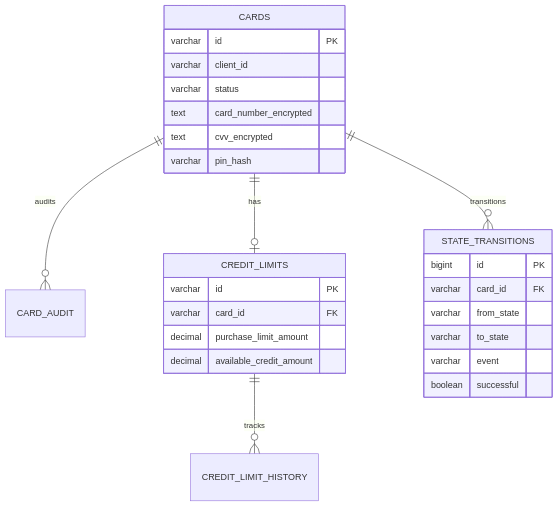
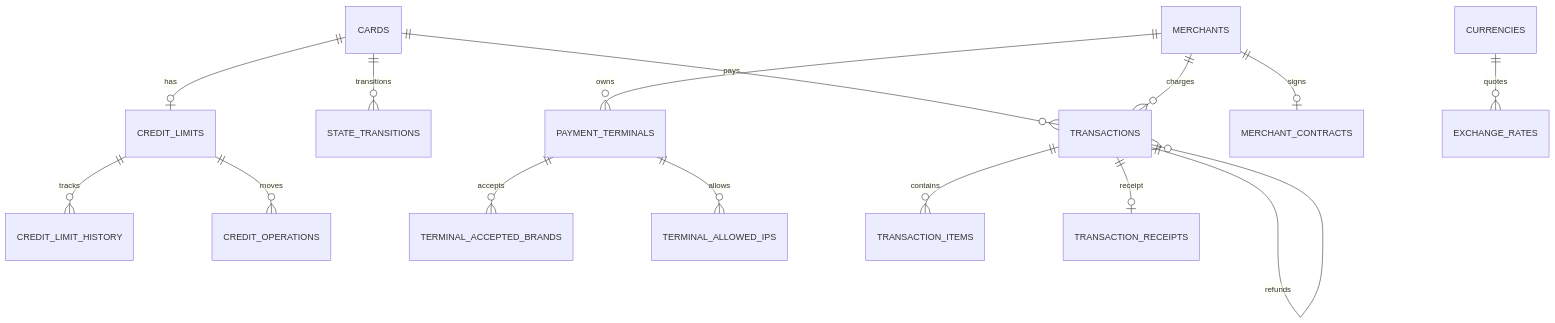
The diagram in README.md (creditcard-management/card-management-database), drawn with Mermaid before and after one commit. The commit also changed other lines of this file and 42 other files, not shown here.

````diff
--- a/README.md
+++ b/README.md
@@ -110,32 +106,17 @@
 ```mermaid
 erDiagram
-    CARDS ||--o{ CARD_AUDIT : "audits"
     CARDS ||--o| CREDIT_LIMITS : "has"
+    CARDS ||--o{ STATE_TRANSITIONS : "transitions"
+    CARDS ||--o{ TRANSACTIONS : "pays"
     CREDIT_LIMITS ||--o{ CREDIT_LIMIT_HISTORY : "tracks"
-    CARDS ||--o{ STATE_TRANSITIONS : "transitions"
-
-    CARDS {
-        varchar id PK
-        varchar client_id
-        varchar status
-        text card_number_encrypted
-        text cvv_encrypted
-        varchar pin_hash
-    }
-
-    CREDIT_LIMITS {
-        varchar id PK
-        varchar card_id FK
-        decimal purchase_limit_amount
-        decimal available_credit_amount
-    }
-
-    STATE_TRANSITIONS {
-        bigint id PK
-        varchar card_id FK
-        varchar from_state
-        varchar to_state
-        varchar event
-        boolean successful
-    }
+    CREDIT_LIMITS ||--o{ CREDIT_OPERATIONS : "moves"
+    MERCHANTS ||--o{ PAYMENT_TERMINALS : "owns"
+    MERCHANTS ||--o| MERCHANT_CONTRACTS : "signs"
+    MERCHANTS ||--o{ TRANSACTIONS : "charges"
+    PAYMENT_TERMINALS ||--o{ TERMINAL_ACCEPTED_BRANDS : "accepts"
+    PAYMENT_TERMINALS ||--o{ TERMINAL_ALLOWED_IPS : "allows"
+    TRANSACTIONS ||--o{ TRANSACTION_ITEMS : "contains"
+    TRANSACTIONS ||--o| TRANSACTION_RECEIPTS : "receipt"
+    TRANSACTIONS ||--o{ TRANSACTIONS : "refunds"
+    CURRENCIES ||--o{ EXCHANGE_RATES : "quotes"
 ```
````
